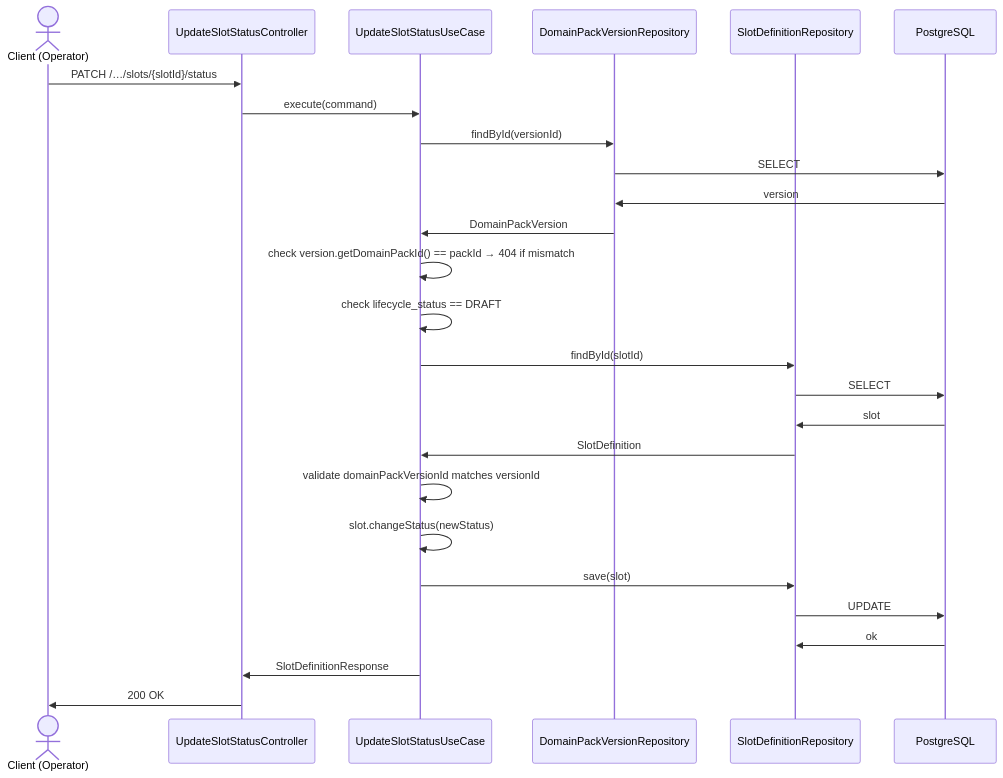
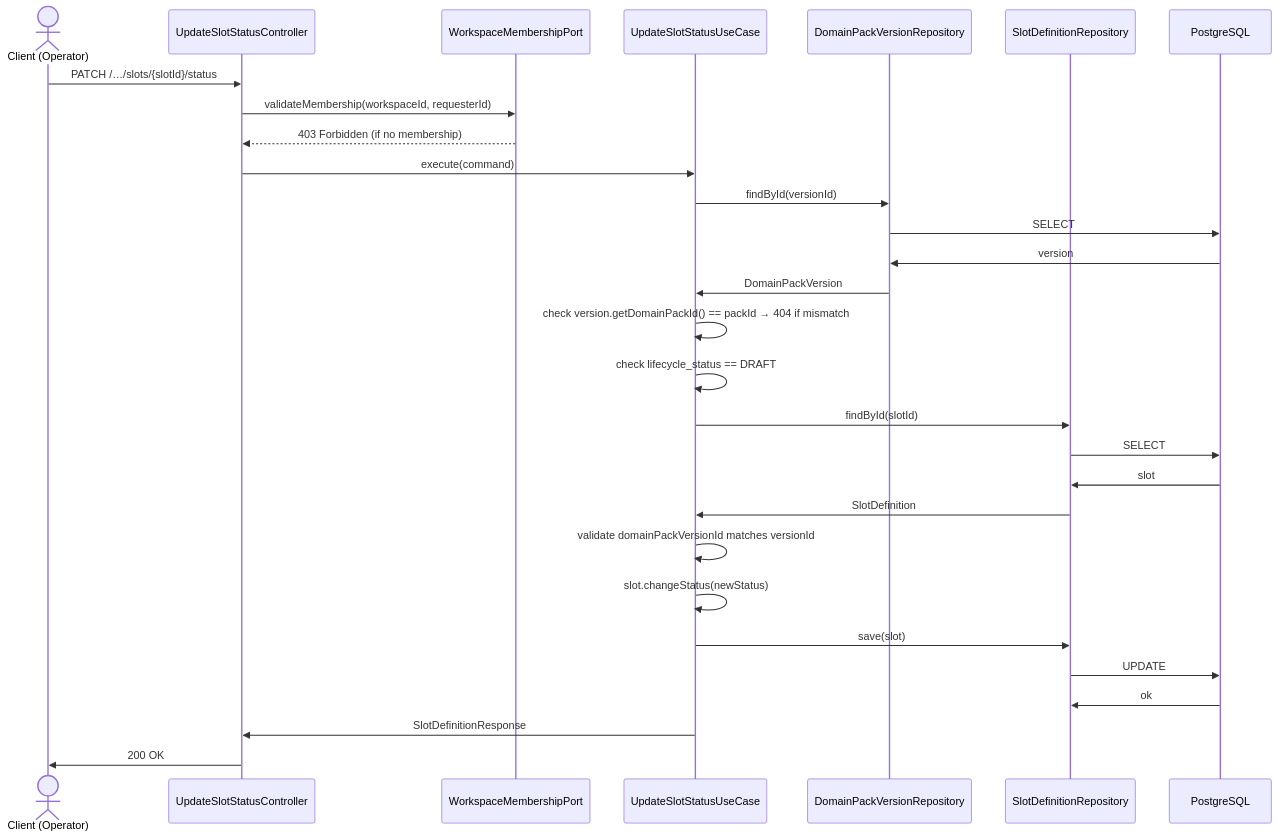
One commit to ajou-2026-1-capstone-5/ostone changed the second of 3 diagrams in .agent/specs/326.md. Above: the diagram before and after it, drawn with Mermaid. The commit also changed other lines of this file, not shown here.

````diff
--- a/.agent/specs/326.md
+++ b/.agent/specs/326.md
@@ -50,29 +53,32 @@
 ```mermaid
 sequenceDiagram
     actor c as Client (Operator)
     participant ctrl as UpdateSlotStatusController
+    participant auth as WorkspaceMembershipPort
     participant svc as UpdateSlotStatusUseCase
     participant vRepo as DomainPackVersionRepository
     participant sRepo as SlotDefinitionRepository
     participant db as PostgreSQL
 
     c ->> ctrl: PATCH /…/slots/{slotId}/status
+    ctrl ->> auth: validateMembership(workspaceId, requesterId)
+    auth -->> ctrl: 403 Forbidden (if no membership)
     ctrl ->> svc: execute(command)
     svc ->> vRepo: findById(versionId)
     vRepo ->> db: SELECT
     db ->> vRepo: version
     vRepo ->> svc: DomainPackVersion
     svc ->> svc: check version.getDomainPackId() == packId → 404 if mismatch
     svc ->> svc: check lifecycle_status == DRAFT
     svc ->> sRepo: findById(slotId)
     sRepo ->> db: SELECT
     db ->> sRepo: slot
     sRepo ->> svc: SlotDefinition
     svc ->> svc: validate domainPackVersionId matches versionId
     svc ->> svc: slot.changeStatus(newStatus)
     svc ->> sRepo: save(slot)
     sRepo ->> db: UPDATE
     db ->> sRepo: ok
     svc ->> ctrl: SlotDefinitionResponse
     ctrl ->> c: 200 OK
 ```
````
